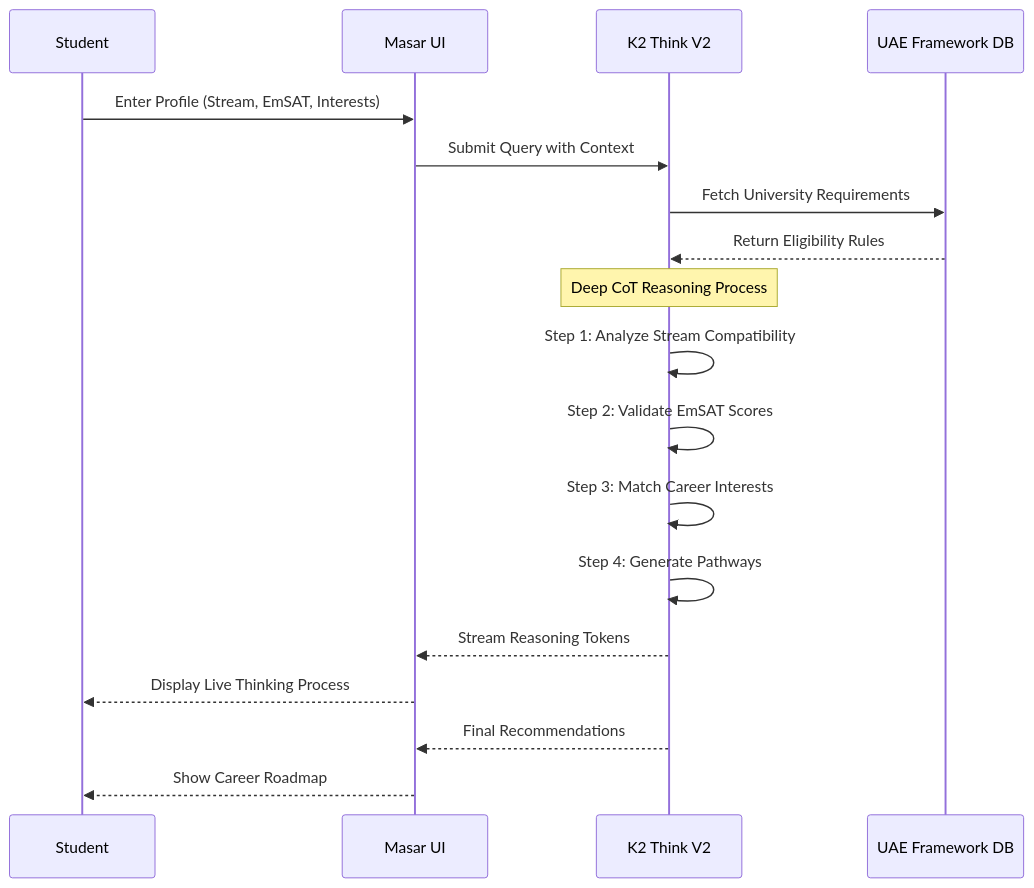
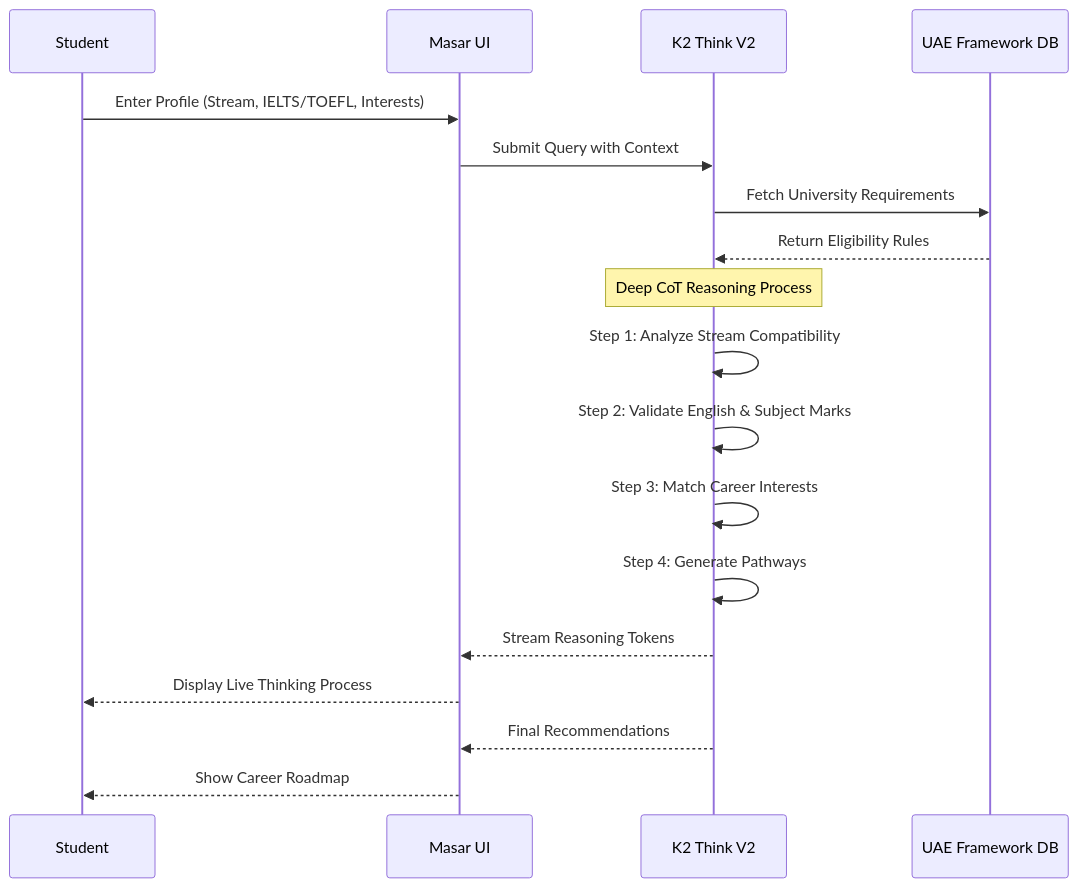
One commit to BuildingTHEITGUY/masar-ai changed the second of 3 diagrams in README.md. Above: the diagram before and after it, drawn with Mermaid. The commit also changed other lines of this file and 1 other file, not shown here.

````diff
--- a/README.md
+++ b/README.md
@@ -91,23 +93,23 @@
 ```mermaid
 sequenceDiagram
     participant S as Student
     participant UI as Masar UI
     participant K2 as K2 Think V2
     participant DB as UAE Framework DB
     
-    S->>UI: Enter Profile (Stream, EmSAT, Interests)
+    S->>UI: Enter Profile (Stream, IELTS/TOEFL, Interests)
     UI->>K2: Submit Query with Context
     K2->>DB: Fetch University Requirements
     DB-->>K2: Return Eligibility Rules
     
     Note over K2: Deep CoT Reasoning Process
     K2->>K2: Step 1: Analyze Stream Compatibility
-    K2->>K2: Step 2: Validate EmSAT Scores
+    K2->>K2: Step 2: Validate English & Subject Marks
     K2->>K2: Step 3: Match Career Interests
     K2->>K2: Step 4: Generate Pathways
     
     K2-->>UI: Stream Reasoning Tokens
     UI-->>S: Display Live Thinking Process
     K2-->>UI: Final Recommendations
     UI-->>S: Show Career Roadmap
 ```
````
